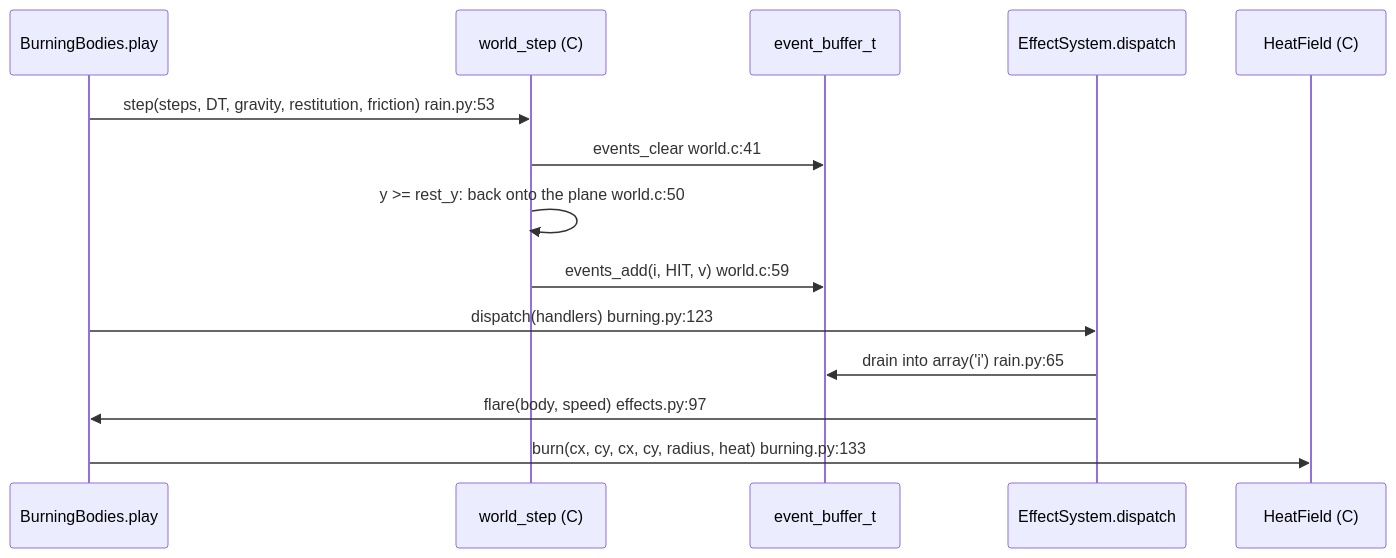
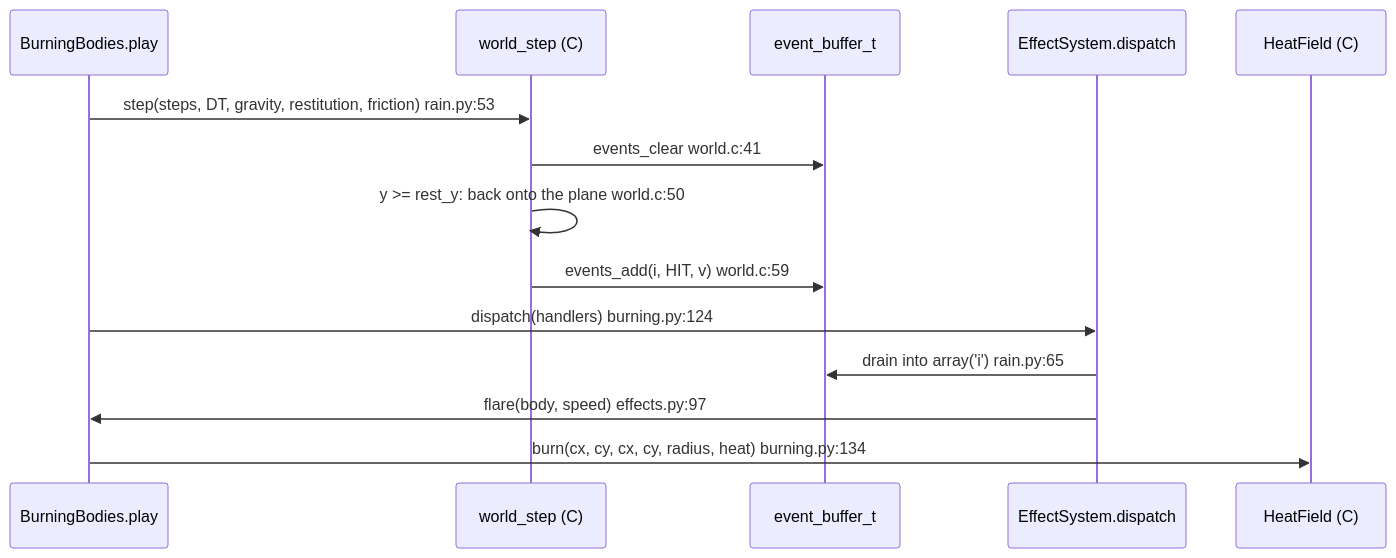
The second of 5 diagrams in docs/engine-deep-dives.md (xmejkal/pixel-games), drawn with Mermaid before and after one commit. The commit also changed other lines of this file and 5 other files, not shown here.

````diff
--- a/docs/engine-deep-dives.md
+++ b/docs/engine-deep-dives.md
@@ -145,16 +145,16 @@
 ```mermaid
 sequenceDiagram
     participant G as BurningBodies.play
     participant C as world_step (C)
     participant E as event_buffer_t
     participant S as EffectSystem.dispatch
     participant H as HeatField (C)
     G->>C: step(steps, DT, gravity, restitution, friction)  rain.py:53
     C->>E: events_clear  world.c:41
     C->>C: y >= rest_y: back onto the plane  world.c:50
     C->>E: events_add(i, HIT, v)  world.c:59
-    G->>S: dispatch(handlers)  burning.py:123
+    G->>S: dispatch(handlers)  burning.py:124
     S->>E: drain into array('i')  rain.py:65
     S->>G: flare(body, speed)  effects.py:97
-    G->>H: burn(cx, cy, cx, cy, radius, heat)  burning.py:133
+    G->>H: burn(cx, cy, cx, cy, radius, heat)  burning.py:134
 ```
````
